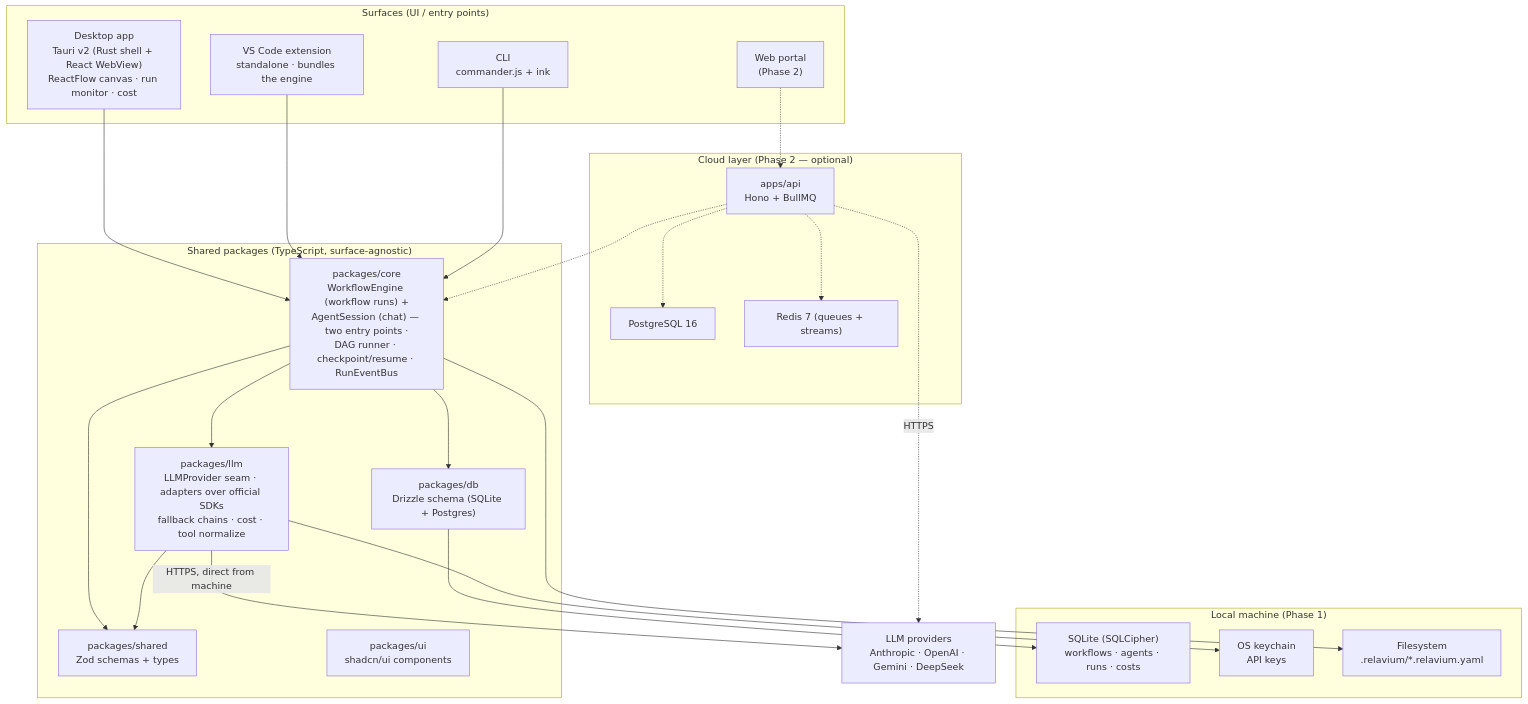
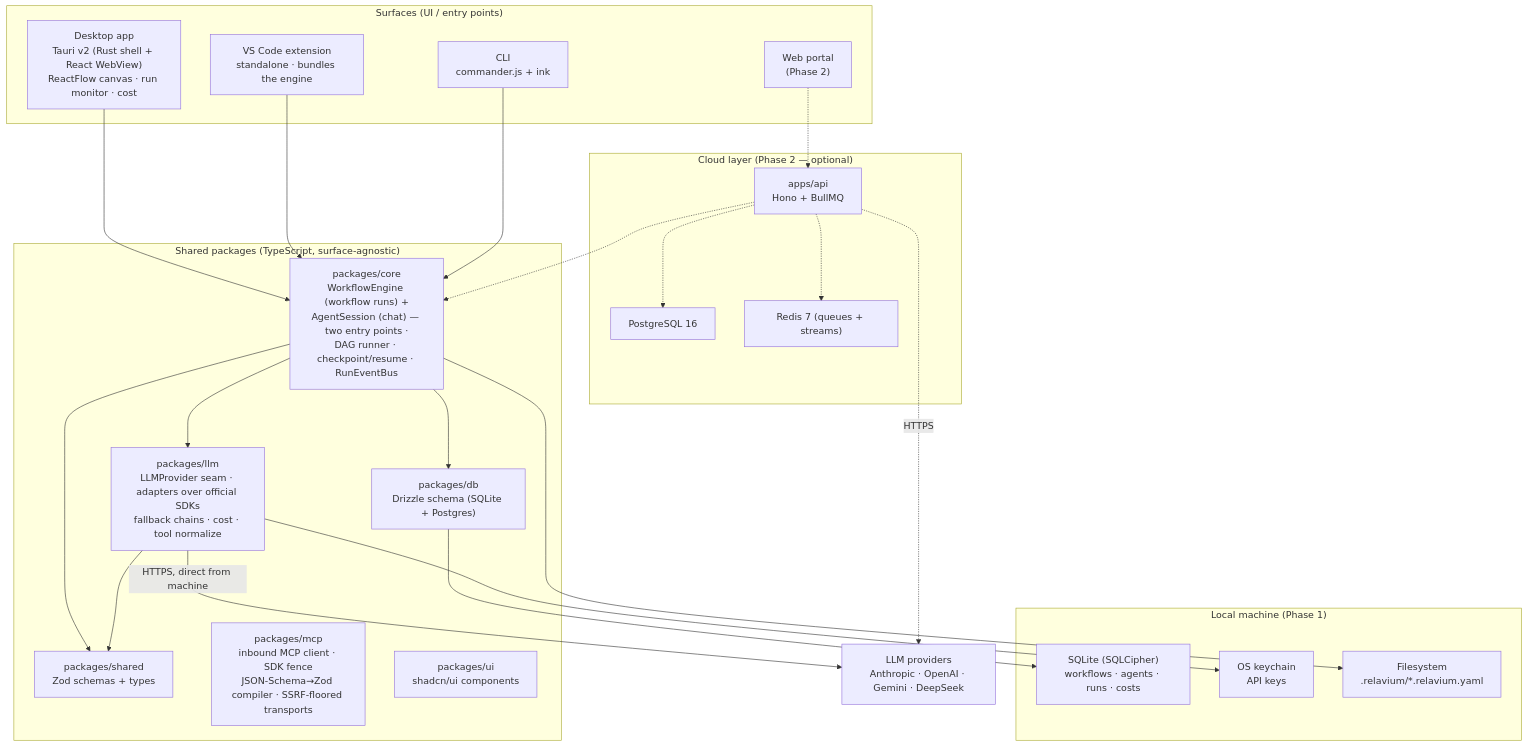
One commit to HodeTech/Relavium changed the first of 2 diagrams in docs/architecture/overview.md. Above: the diagram before and after it, drawn with Mermaid. The commit also changed other lines of this file and 9 other files, not shown here.

First line of the commit message:
docs(roadmap): close Wave 0 — finish its markdown items and mark the phase tasks done

````diff
--- a/docs/architecture/overview.md
+++ b/docs/architecture/overview.md
@@ -12,48 +12,49 @@
 ```mermaid
 flowchart TB
     subgraph Surfaces["Surfaces (UI / entry points)"]
         Desktop["Desktop app<br/>Tauri v2 (Rust shell + React WebView)<br/>ReactFlow canvas · run monitor · cost"]
         VSCode["VS Code extension<br/>standalone · bundles the engine"]
         CLI["CLI<br/>commander.js + ink"]
         Portal["Web portal<br/>(Phase 2)"]
     end
 
     subgraph Packages["Shared packages (TypeScript, surface-agnostic)"]
         Core["packages/core<br/>WorkflowEngine (workflow runs) +<br/>AgentSession (chat) — two entry points ·<br/>DAG runner · checkpoint/resume · RunEventBus"]
         LLM["packages/llm<br/>LLMProvider seam · adapters over official SDKs<br/>fallback chains · cost · tool normalize"]
         Shared["packages/shared<br/>Zod schemas + types"]
         DB["packages/db<br/>Drizzle schema (SQLite + Postgres)"]
+        MCP["packages/mcp<br/>inbound MCP client · SDK fence<br/>JSON-Schema→Zod compiler · SSRF-floored transports"]
         UI["packages/ui<br/>shadcn/ui components"]
     end
 
     subgraph Local["Local machine (Phase 1)"]
         SQLite["SQLite (SQLCipher)<br/>workflows · agents · runs · costs"]
         Keychain["OS keychain<br/>API keys"]
         FS["Filesystem<br/>.relavium/*.relavium.yaml"]
     end
 
     Providers["LLM providers<br/>Anthropic · OpenAI · Gemini · DeepSeek"]
 
     subgraph Cloud["Cloud layer (Phase 2 — optional)"]
         API["apps/api<br/>Hono + BullMQ"]
         Postgres["PostgreSQL 16"]
         Redis["Redis 7 (queues + streams)"]
     end
 
     Desktop --> Core
     VSCode --> Core
     CLI --> Core
     Portal -.-> API
     Core --> LLM
     Core --> Shared
     LLM --> Shared
     Core --> DB
     DB --> SQLite
     LLM --> Keychain
     Core --> FS
     LLM -->|HTTPS, direct from machine| Providers
     API -.-> Core
     API -.-> Postgres
     API -.-> Redis
     API -.->|HTTPS| Providers
 ```
````
